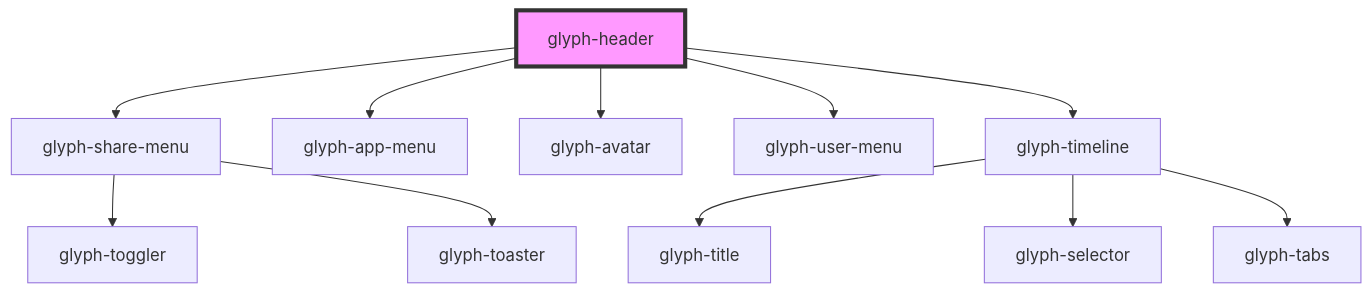
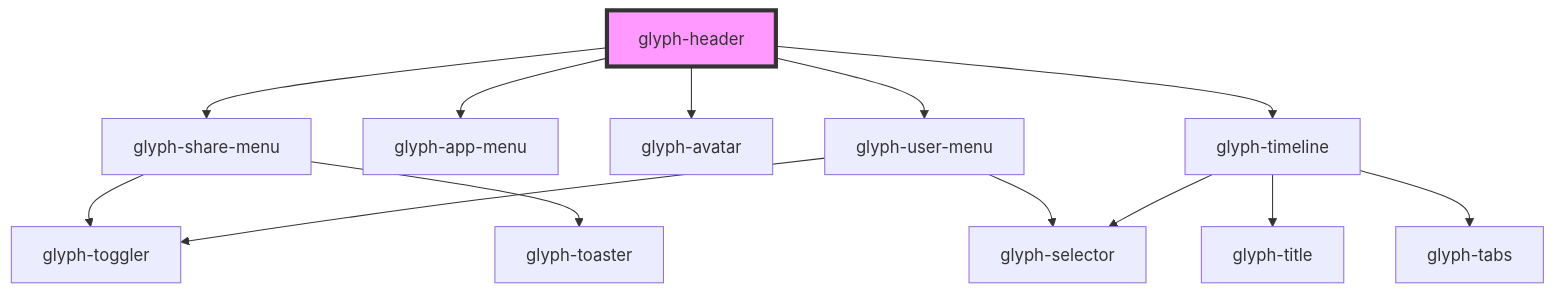
Before and after one commit to adrianiy/synth-ui: the diagram in packages/glyph-components/src/components/header/readme.md, drawn with Mermaid. The commit also changed other lines of this file and 16 other files, not shown here.

Commit message:
feat(components): add application configuration in user menu

````diff
--- a/packages/glyph-components/src/components/header/readme.md
+++ b/packages/glyph-components/src/components/header/readme.md
@@ -41,14 +51,16 @@
 ```mermaid
 graph TD;
   glyph-header --> glyph-share-menu
   glyph-header --> glyph-app-menu
   glyph-header --> glyph-avatar
   glyph-header --> glyph-user-menu
   glyph-header --> glyph-timeline
   glyph-share-menu --> glyph-toggler
   glyph-share-menu --> glyph-toaster
+  glyph-user-menu --> glyph-selector
+  glyph-user-menu --> glyph-toggler
   glyph-timeline --> glyph-title
   glyph-timeline --> glyph-selector
   glyph-timeline --> glyph-tabs
   style glyph-header fill:#f9f,stroke:#333,stroke-width:4px
 ```
````
